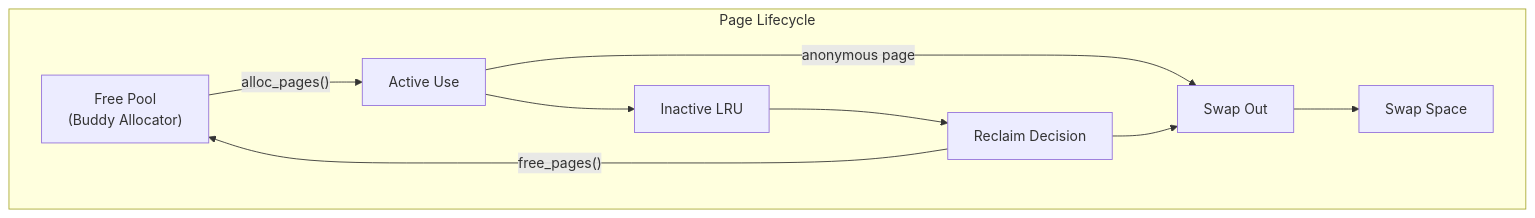
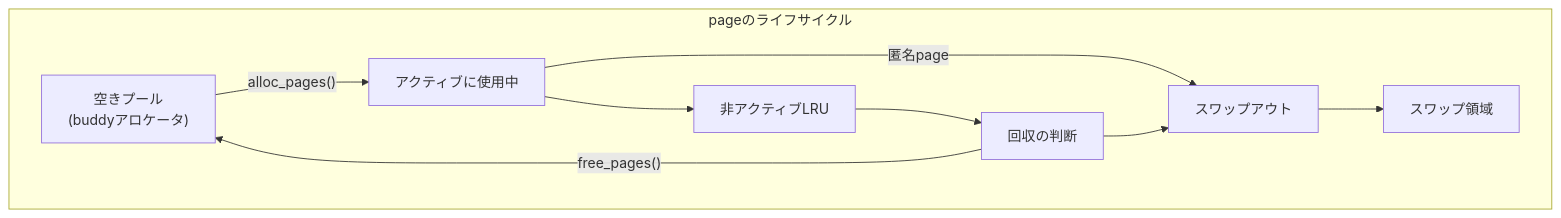
One commit to doguto/linux-kernel-internals-jp changed the first of 15 diagrams in docs/mm/life-of-page.md. Above: the diagram before and after it, drawn with Mermaid. The commit also changed other lines of this file and 27 other files, not shown here.

````diff
--- a/docs/mm/life-of-page.md
+++ b/docs/mm/life-of-page.md
@@ -9,19 +9,19 @@
 ```mermaid
 flowchart TD
-    subgraph lifecycle["Page Lifecycle"]
-        FREE["Free Pool<br/>(Buddy Allocator)"]
-        ACTIVE["Active Use"]
-        INACTIVE["Inactive LRU"]
-        RECLAIM["Reclaim Decision"]
-        SWAP["Swap Out"]
-        SWAPSPACE["Swap Space"]
+    subgraph lifecycle["pageのライフサイクル"]
+        FREE["空きプール<br/>(buddyアロケータ)"]
+        ACTIVE["アクティブに使用中"]
+        INACTIVE["非アクティブLRU"]
+        RECLAIM["回収の判断"]
+        SWAP["スワップアウト"]
+        SWAPSPACE["スワップ領域"]
 
         FREE -->|"alloc_pages()"| ACTIVE
         ACTIVE --> INACTIVE
         INACTIVE --> RECLAIM
         RECLAIM -->|"free_pages()"| FREE
-        ACTIVE -->|"anonymous page"| SWAP
+        ACTIVE -->|"匿名page"| SWAP
         RECLAIM --> SWAP
         SWAP --> SWAPSPACE
     end
 ```
````
